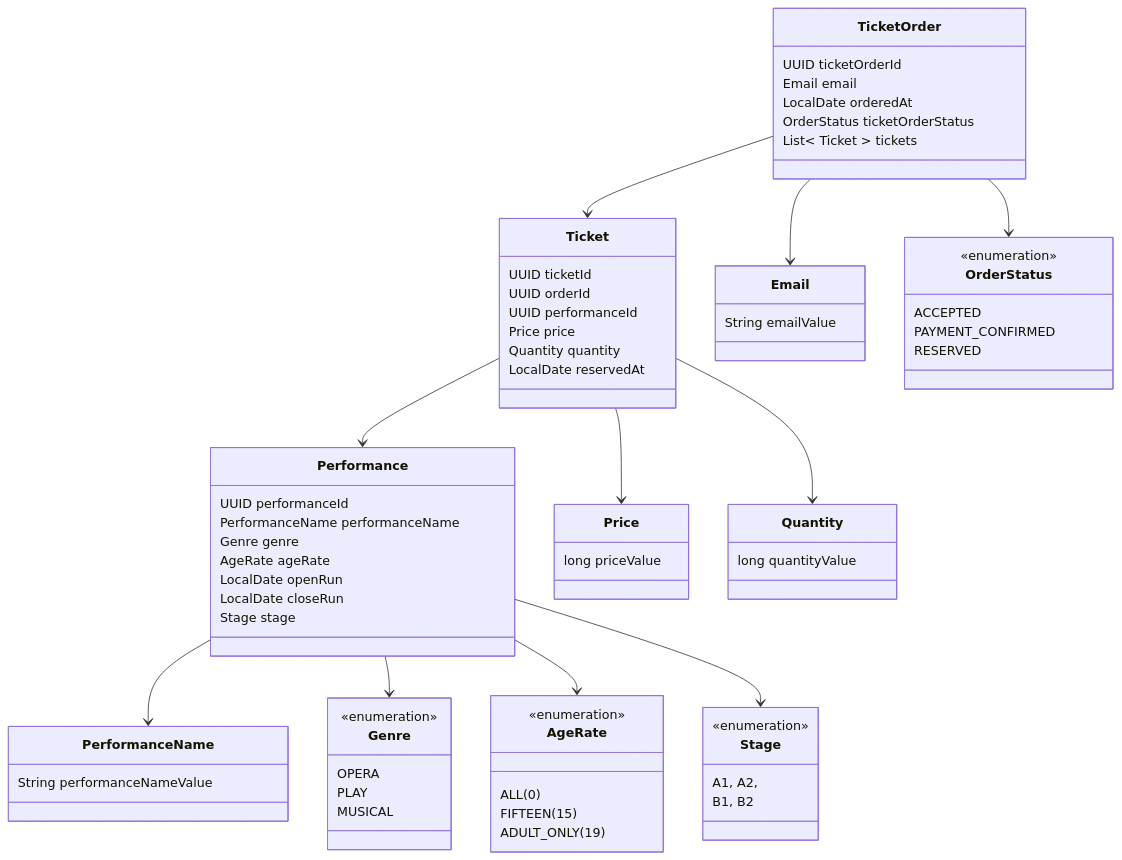
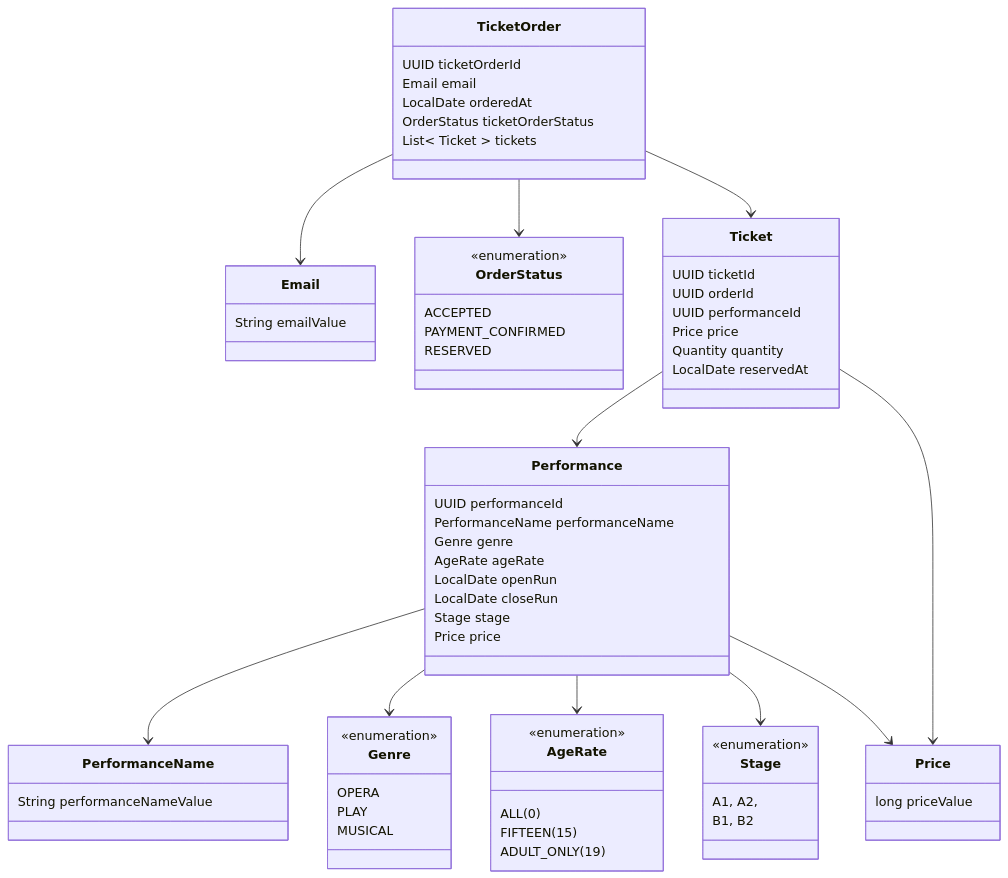
One commit to SY97P/Theatre_Manager_SpringBoot changed the diagram in summary/domain_relation.mermaid. Above: the diagram before and after it, drawn with Mermaid. The commit also changed 25 other files, not shown here.

Commit message:
refactor: Ticket, Performance 필드 변경

```diff
--- a/summary/domain_relation.mermaid
+++ b/summary/domain_relation.mermaid
@@ -1,89 +1,84 @@
 classDiagram
+
+    %% domain TicketOrder
+    class TicketOrder {
+        UUID ticketOrderId
+        Email email
+        LocalDate orderedAt
+        OrderStatus ticketOrderStatus
+        List< Ticket > tickets
+    }
+
+    class Email {
+        String emailValue
+    }
+
+    class OrderStatus {
+        <<enumeration>>
+        ACCEPTED
+        PAYMENT_CONFIRMED
+        RESERVED
+    }
+
+    TicketOrder --> Email
+    TicketOrder --> OrderStatus
+    TicketOrder --> Ticket
+    Ticket --> Performance
+
+    %% domain Ticket
+    class Ticket {
+        UUID ticketId
+        UUID orderId
+        UUID performanceId
+        Price price
+        Quantity quantity
+        LocalDate reservedAt
+    }
+
+    Ticket --> Price
 
     %% domain Performance
     class Performance {
         UUID performanceId
         PerformanceName performanceName
         Genre genre
         AgeRate ageRate
         LocalDate openRun
         LocalDate closeRun
         Stage stage
+        Price price
     }
 
     class PerformanceName {
         String performanceNameValue
     }
 
     class Genre {
         <<enumeration>>
         OPERA
         PLAY
         MUSICAL
     }
 
     class AgeRate {
         <<enumeration>>
         ALL(0)
         FIFTEEN(15)
         ADULT_ONLY(19)
     }
 
     class Stage {
         <<enumeration>>
         A1, A2,
         B1, B2
     }
 
+    class Price {
+        long priceValue
+    }
+
     Performance --> PerformanceName
     Performance --> Genre
     Performance --> AgeRate
     Performance --> Stage
-
-    %% domain Ticket
-    class Ticket {
-        UUID ticketId
-        UUID orderId
-        UUID performanceId
-        Price price
-        Quantity quantity
-        LocalDate reservedAt
-    }
-
-    class Price {
-        long priceValue
-    }
-
-    class Quantity {
-        long quantityValue
-    }
-
-    Ticket --> Price
-    Ticket --> Quantity
-
-    %% domain TicketOrder
-    class TicketOrder {
-        UUID ticketOrderId
-        Email email
-        LocalDate orderedAt
-        OrderStatus ticketOrderStatus
-        List< Ticket > tickets
-    }
-
-    class Email {
-        String emailValue
-    }
-
-    class OrderStatus {
-        <<enumeration>>
-        ACCEPTED
-        PAYMENT_CONFIRMED
-        RESERVED
-    }
-
-    TicketOrder --> Email
-    TicketOrder --> OrderStatus
-
-    TicketOrder --> Ticket
-
-    Ticket --> Performance
+    Performance --> Price
```
